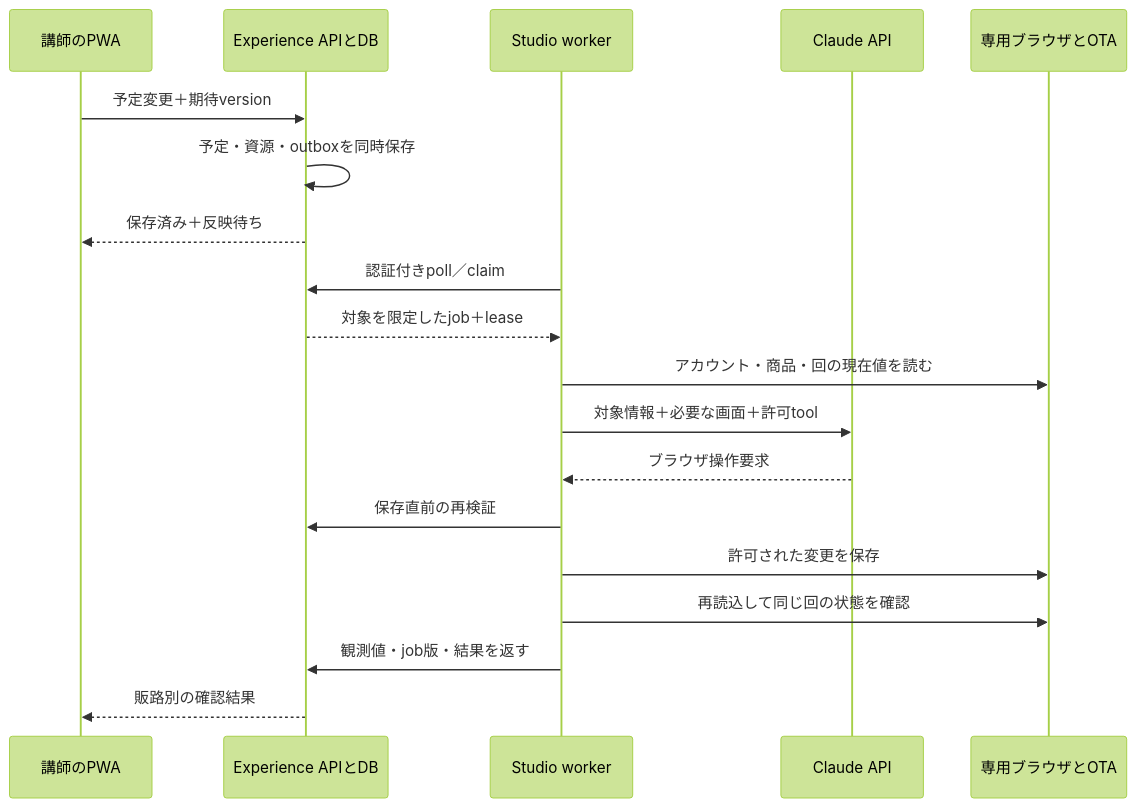
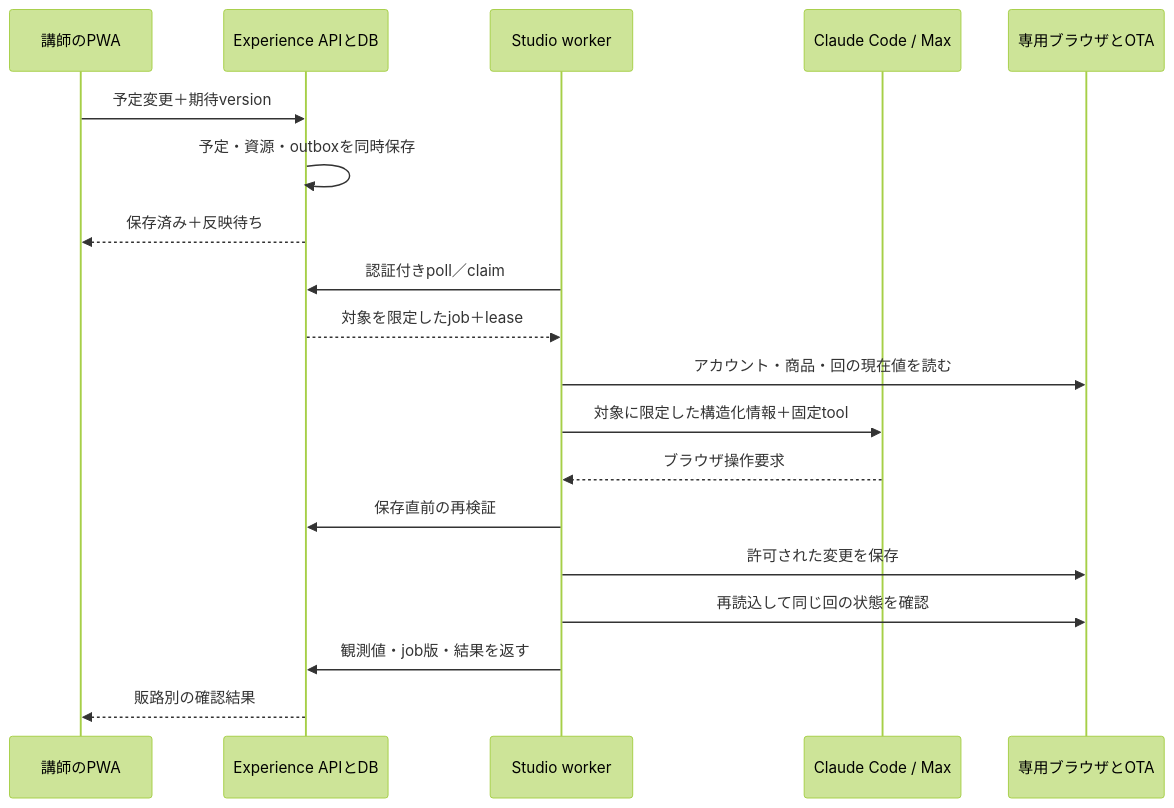
Before and after one commit to niho-life/niho-experience: the diagram in docs/ota-studio-worker-design.md, drawn with Mermaid (forest theme). The commit also changed other lines of this file and 1 other file, not shown here.

````diff
--- a/docs/ota-studio-worker-design.md
+++ b/docs/ota-studio-worker-design.md
@@ -79,21 +90,21 @@
 ```mermaid
 sequenceDiagram
   participant H as 講師のPWA
   participant A as Experience APIとDB
   participant W as Studio worker
-  participant C as Claude API
+  participant C as Claude Code / Max
   participant B as 専用ブラウザとOTA
   H->>A: 予定変更＋期待version
   A->>A: 予定・資源・outboxを同時保存
   A-->>H: 保存済み＋反映待ち
   W->>A: 認証付きpoll／claim
   A-->>W: 対象を限定したjob＋lease
   W->>B: アカウント・商品・回の現在値を読む
-  W->>C: 対象情報＋必要な画面＋許可tool
+  W->>C: 対象に限定した構造化情報＋固定tool
   C-->>W: ブラウザ操作要求
   W->>A: 保存直前の再検証
   W->>B: 許可された変更を保存
   W->>B: 再読込して同じ回の状態を確認
   W->>A: 観測値・job版・結果を返す
   A-->>H: 販路別の確認結果
 ```
````
